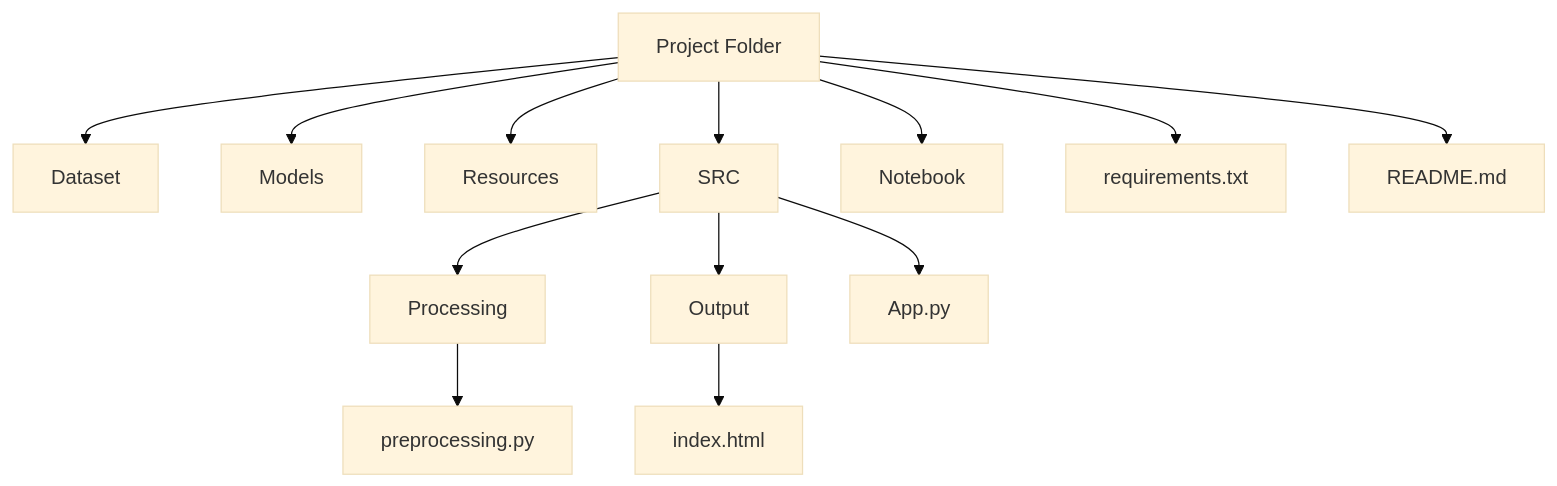
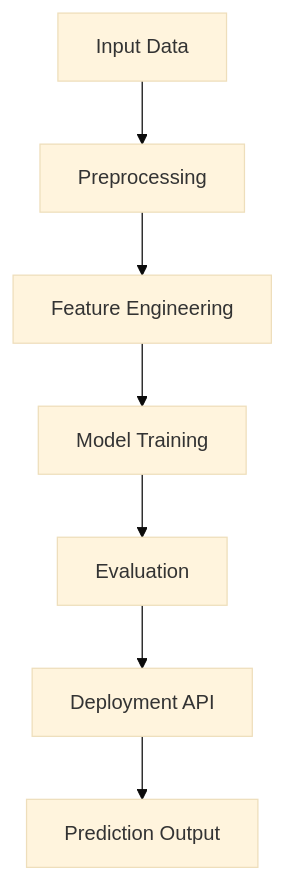
The first of 2 diagrams in ML_To_Train/Readme.md (dronabopche/100-ML-AI-Project), drawn with Mermaid (base theme) before and after one commit. The commit also changed other lines of this file and 5 other files, not shown here.

````diff
--- a/ML_To_Train/Readme.md
+++ b/ML_To_Train/Readme.md
@@ -161,20 +60,9 @@
 ```mermaid
 flowchart TD
-
-A[Project Folder]
-
-A --> B[Dataset]
-A --> C[Models]
-A --> D[Resources]
-A --> E[SRC]
-A --> F[Notebook]
-A --> G[requirements.txt]
-A --> H[README.md]
-
-E --> I[Processing]
-E --> J[Output]
-E --> K[App.py]
-
-I --> L[preprocessing.py]
-J --> M[index.html]
+A[Input Data] --> B[Preprocessing]
+B --> C[Feature Engineering]
+C --> D[Model Training]
+D --> E[Evaluation]
+E --> F[Deployment API]
+F --> G[Prediction Output]
 ```
````
